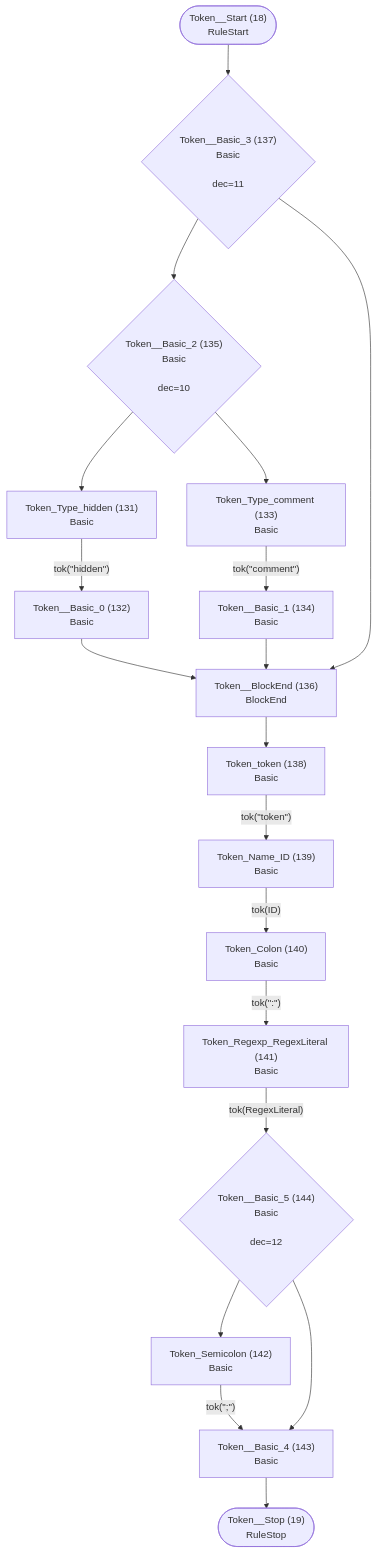
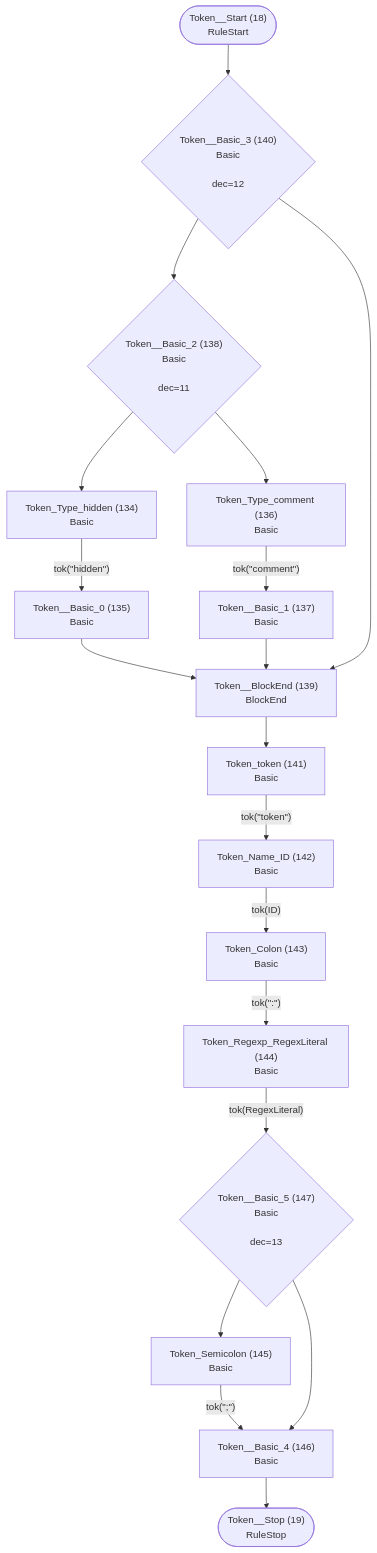
Before and after one commit to TypeFox/fastbelt: the tenth of 26 diagrams in internal/grammar/atn.md, drawn with Mermaid. The commit also changed other lines of this file and 16 other files, not shown here.

````diff
--- a/internal/grammar/atn.md
+++ b/internal/grammar/atn.md
@@ -269,38 +276,38 @@
 ```mermaid
 flowchart TD
     q18(["Token__Start (18)<br/>RuleStart"])
     q19(["Token__Stop (19)<br/>RuleStop"])
-    q131["Token_Type_hidden (131)<br/>Basic<br/>"]
-    q132["Token__Basic_0 (132)<br/>Basic<br/>"]
-    q133["Token_Type_comment (133)<br/>Basic<br/>"]
-    q134["Token__Basic_1 (134)<br/>Basic<br/>"]
-    q135{"Token__Basic_2 (135)<br/>Basic<br/><br/>dec=10"}
-    q136["Token__BlockEnd (136)<br/>BlockEnd<br/>"]
-    q137{"Token__Basic_3 (137)<br/>Basic<br/><br/>dec=11"}
-    q138["Token_token (138)<br/>Basic<br/>"]
-    q139["Token_Name_ID (139)<br/>Basic<br/>"]
-    q140["Token_Colon (140)<br/>Basic<br/>"]
-    q141["Token_Regexp_RegexLiteral (141)<br/>Basic<br/>"]
-    q142["Token_Semicolon (142)<br/>Basic<br/>"]
-    q143["Token__Basic_4 (143)<br/>Basic<br/>"]
-    q144{"Token__Basic_5 (144)<br/>Basic<br/><br/>dec=12"}
+    q134["Token_Type_hidden (134)<br/>Basic<br/>"]
+    q135["Token__Basic_0 (135)<br/>Basic<br/>"]
+    q136["Token_Type_comment (136)<br/>Basic<br/>"]
+    q137["Token__Basic_1 (137)<br/>Basic<br/>"]
+    q138{"Token__Basic_2 (138)<br/>Basic<br/><br/>dec=11"}
+    q139["Token__BlockEnd (139)<br/>BlockEnd<br/>"]
+    q140{"Token__Basic_3 (140)<br/>Basic<br/><br/>dec=12"}
+    q141["Token_token (141)<br/>Basic<br/>"]
+    q142["Token_Name_ID (142)<br/>Basic<br/>"]
+    q143["Token_Colon (143)<br/>Basic<br/>"]
+    q144["Token_Regexp_RegexLiteral (144)<br/>Basic<br/>"]
+    q145["Token_Semicolon (145)<br/>Basic<br/>"]
+    q146["Token__Basic_4 (146)<br/>Basic<br/>"]
+    q147{"Token__Basic_5 (147)<br/>Basic<br/><br/>dec=13"}
 
-    q18 --> q137
-    q131 -->|"tok(&quot;hidden&quot;)"| q132
-    q132 --> q136
-    q133 -->|"tok(&quot;comment&quot;)"| q134
-    q134 --> q136
-    q135 --> q131
-    q135 --> q133
-    q136 --> q138
-    q137 --> q135
-    q137 --> q136
-    q138 -->|"tok(&quot;token&quot;)"| q139
-    q139 -->|"tok(ID)"| q140
-    q140 -->|"tok(&quot;:&quot;)"| q141
-    q141 -->|"tok(RegexLiteral)"| q144
-    q142 -->|"tok(&quot;;&quot;)"| q143
-    q143 --> q19
-    q144 --> q142
-    q144 --> q143
+    q18 --> q140
+    q134 -->|"tok(&quot;hidden&quot;)"| q135
+    q135 --> q139
+    q136 -->|"tok(&quot;comment&quot;)"| q137
+    q137 --> q139
+    q138 --> q134
+    q138 --> q136
+    q139 --> q141
+    q140 --> q138
+    q140 --> q139
+    q141 -->|"tok(&quot;token&quot;)"| q142
+    q142 -->|"tok(ID)"| q143
+    q143 -->|"tok(&quot;:&quot;)"| q144
+    q144 -->|"tok(RegexLiteral)"| q147
+    q145 -->|"tok(&quot;;&quot;)"| q146
+    q146 --> q19
+    q147 --> q145
+    q147 --> q146
 ```
````
